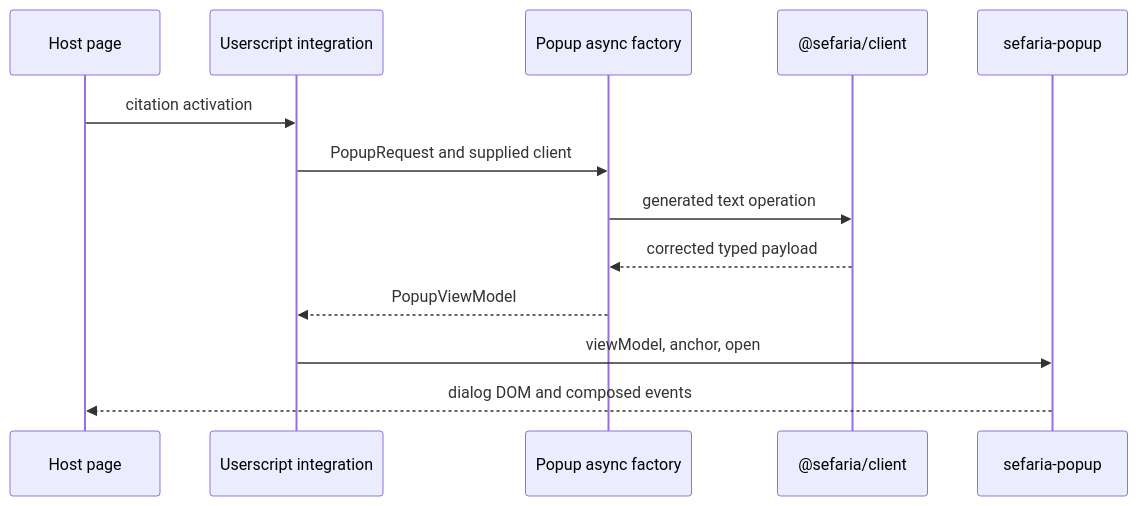
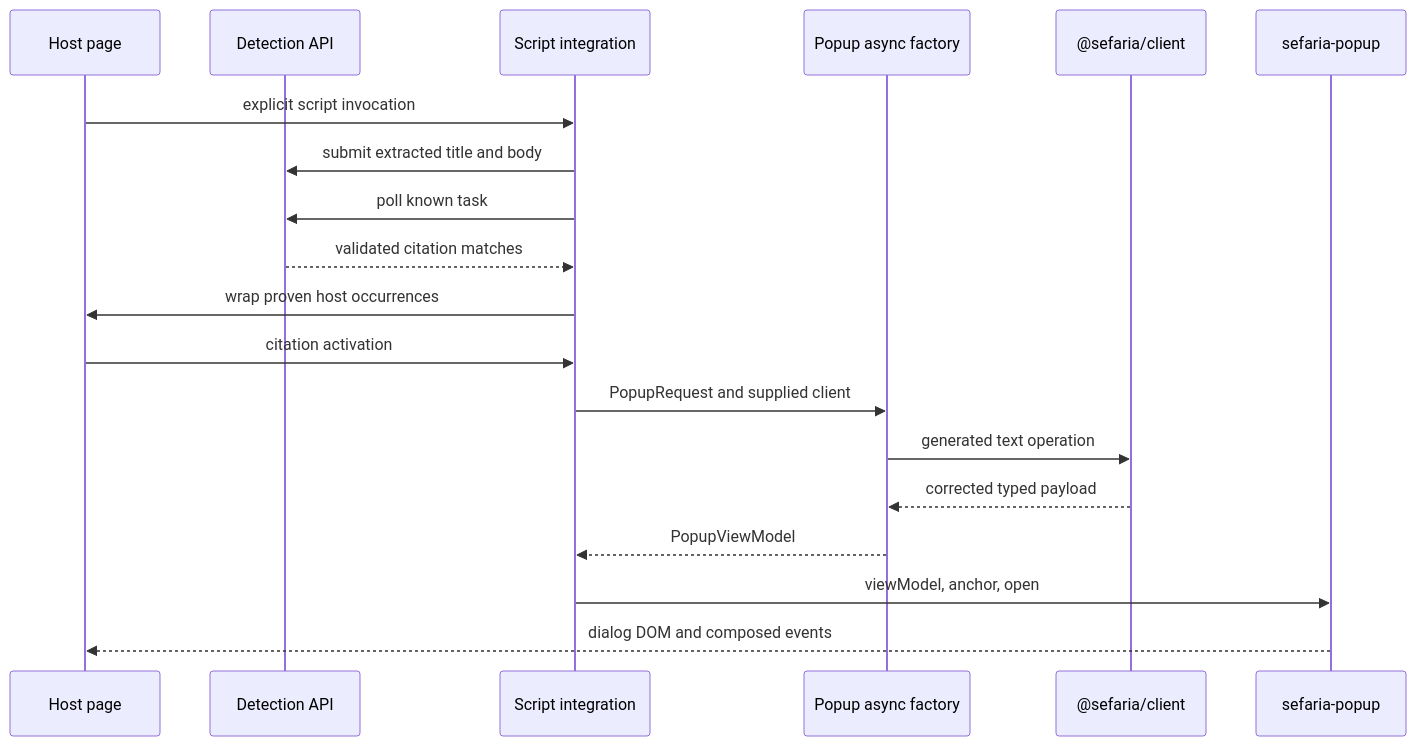
The second of 2 diagrams in docs/specs/integrations.md (Arithmomaniac/sefaria-web-components), drawn with Mermaid before and after one commit. The commit also changed other lines of this file and 59 other files, not shown here.

````diff
--- a/docs/specs/integrations.md
+++ b/docs/specs/integrations.md
@@ -154,16 +158,22 @@
 ```mermaid
 sequenceDiagram
     participant Page as Host page
-    participant Linker as Userscript integration
+    participant Detection as Detection API
+    participant Linker as Script integration
     participant Factory as Popup async factory
     participant Client as @sefaria/client
     participant Element as sefaria-popup
 
+    Page->>Linker: explicit script invocation
+    Linker->>Detection: submit extracted title and body
+    Linker->>Detection: poll known task
+    Detection-->>Linker: validated citation matches
+    Linker->>Page: wrap proven host occurrences
     Page->>Linker: citation activation
     Linker->>Factory: PopupRequest and supplied client
     Factory->>Client: generated text operation
     Client-->>Factory: corrected typed payload
     Factory-->>Linker: PopupViewModel
     Linker->>Element: viewModel, anchor, open
     Element-->>Page: dialog DOM and composed events
 ```
````
